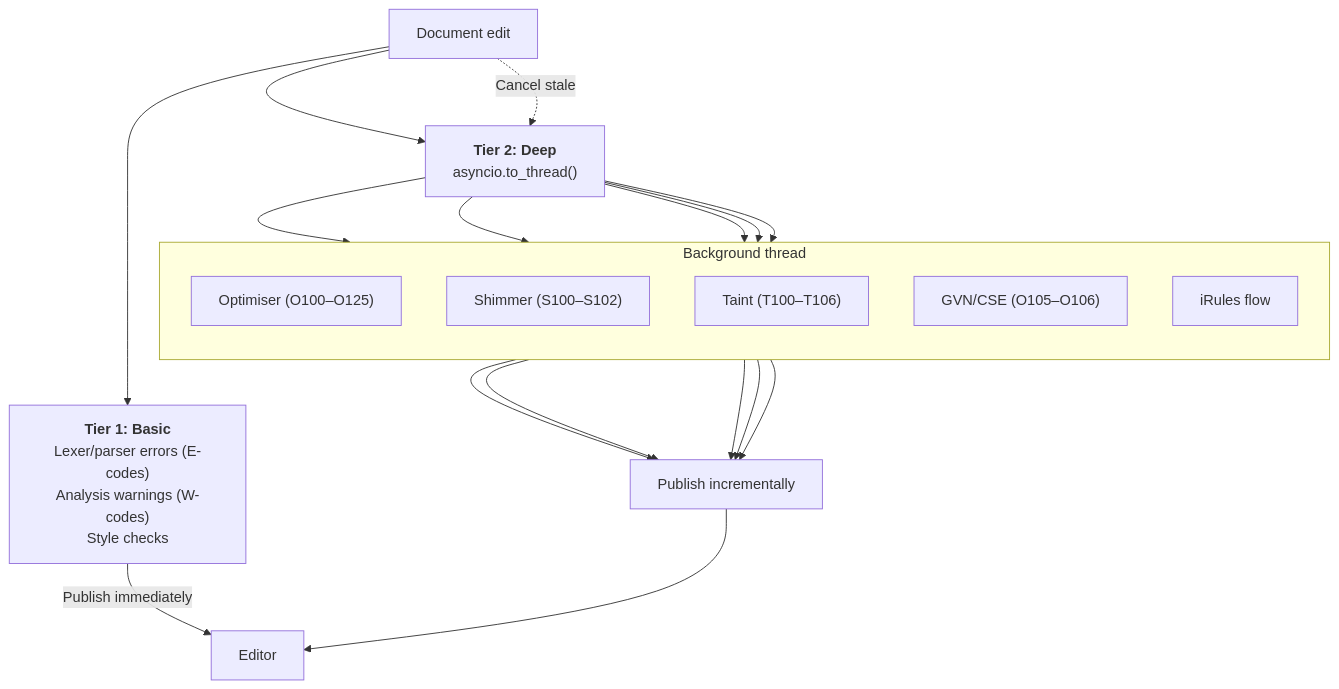
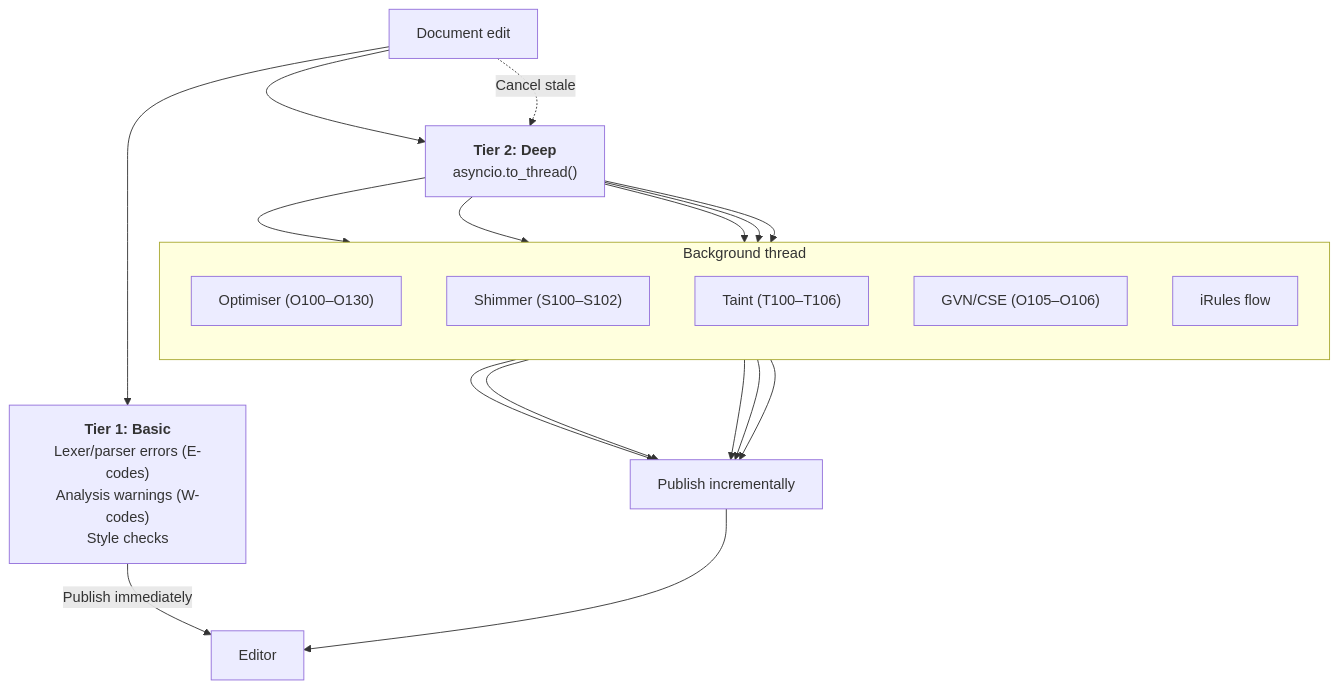
Before and after one commit to bitwisecook/tcl-lsp: diagram 19 of 20 in docs/design/compiler-architecture.md, drawn with Mermaid. The commit also changed other lines of this file and 117 other files, not shown here.

````diff
--- a/docs/design/compiler-architecture.md
+++ b/docs/design/compiler-architecture.md
@@ -662,31 +669,31 @@
 ```mermaid
 flowchart TD
     EDIT["Document edit"] --> BASIC["<b>Tier 1: Basic</b><br/>Lexer/parser errors (E-codes)<br/>Analysis warnings (W-codes)<br/>Style checks"]
     BASIC -->|"Publish immediately"| ED["Editor"]
 
     EDIT --> DEEP["<b>Tier 2: Deep</b><br/>asyncio.to_thread()"]
 
     subgraph "Background thread"
         direction TB
-        OPT["Optimiser (O100–O125)"]
+        OPT["Optimiser (O100–O130)"]
         SHIM["Shimmer (S100–S102)"]
         TAINT["Taint (T100–T106)"]
         GVN["GVN/CSE (O105–O106)"]
         IFLOW["iRules flow"]
     end
 
     DEEP --> OPT
     DEEP --> SHIM
     DEEP --> TAINT
     DEEP --> GVN
     DEEP --> IFLOW
 
     OPT --> PUB["Publish incrementally"]
     SHIM --> PUB
     TAINT --> PUB
     GVN --> PUB
     IFLOW --> PUB
     PUB --> ED
 
     EDIT -.->|"Cancel stale"| DEEP
 ```
````
